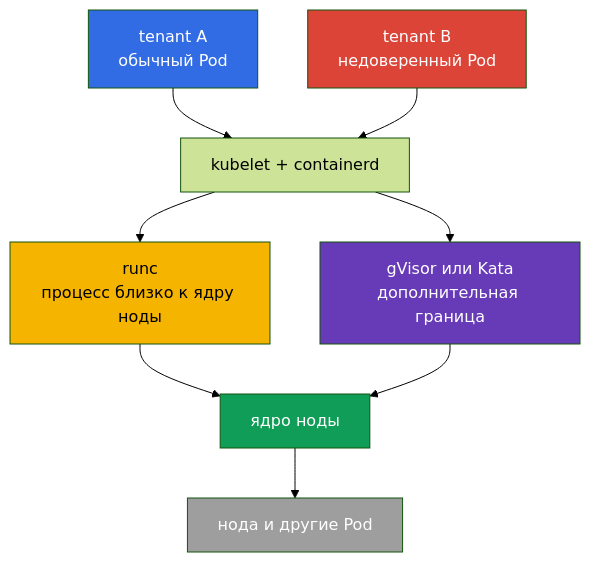
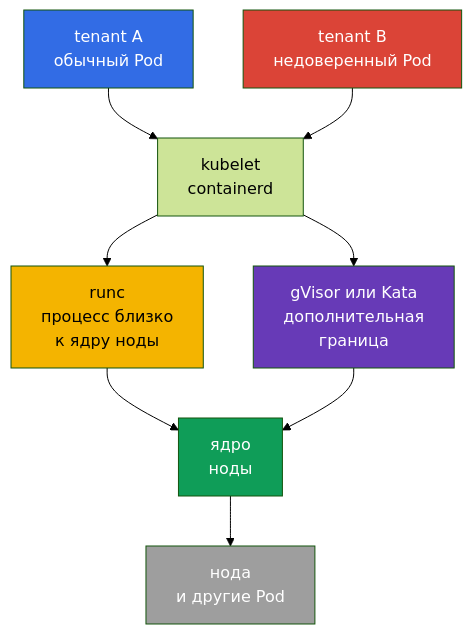
The first of 2 diagrams in tasks/cks/course/22/ru.md (ViktorUJ/cks), drawn with Mermaid (forest theme) before and after one commit. The commit also changed other lines of this file and 6 other files, not shown here.

````diff
--- a/tasks/cks/course/22/ru.md
+++ b/tasks/cks/course/22/ru.md
@@ -39,16 +39,16 @@
 ```mermaid
 flowchart TB
-    tenantA["tenant A<br/>обычный Pod"] --> kubelet["kubelet + containerd"]
+    tenantA["tenant A<br/>обычный Pod"] --> kubelet["kubelet<br/>containerd"]
     tenantB["tenant B<br/>недоверенный Pod"] --> kubelet
-    kubelet --> runc["runc<br/>процесс близко к ядру ноды"]
-    kubelet --> sandbox["gVisor или Kata<br/>дополнительная граница"]
-    runc --> kernel["ядро ноды"]
+    kubelet --> runc["runc<br/>процесс близко<br/>к ядру ноды"]
+    kubelet --> sandbox["gVisor или Kata<br/>дополнительная<br/>граница"]
+    runc --> kernel["ядро<br/>ноды"]
     sandbox --> kernel
-    kernel --> host["нода и другие Pod"]
+    kernel --> host["нода<br/>и другие Pod"]
     style tenantA fill:#326ce5,color:#fff
     style tenantB fill:#db4437,color:#fff
     style runc fill:#f4b400,color:#000
     style sandbox fill:#673ab7,color:#fff
     style kernel fill:#0f9d58,color:#fff
     style host fill:#9e9e9e,color:#fff
 ```
````
